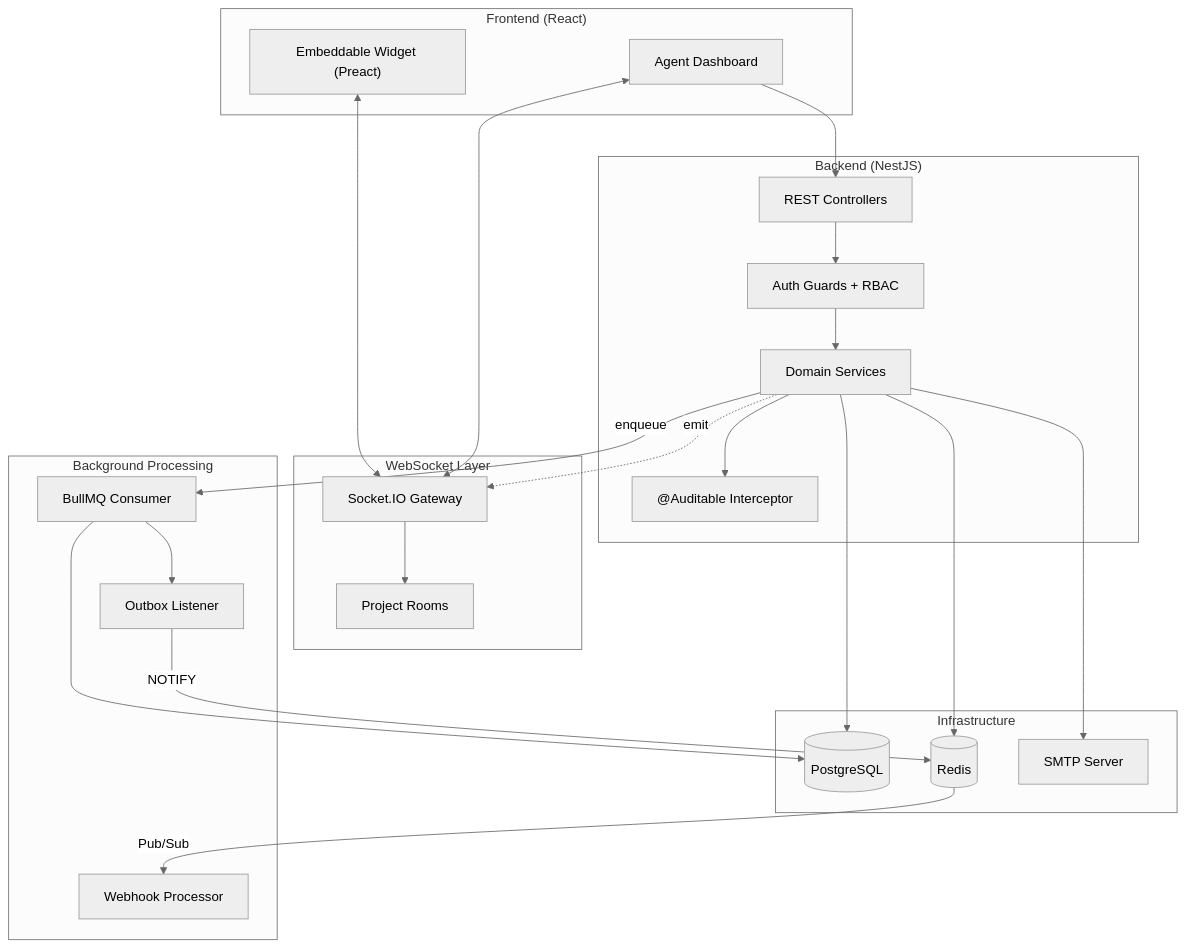
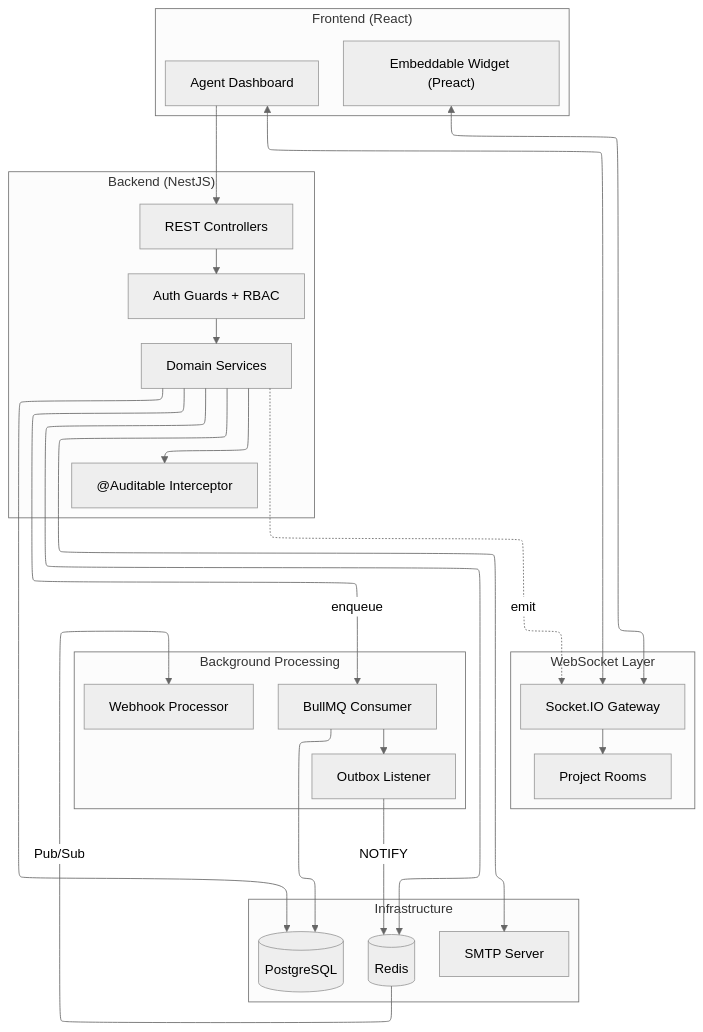
The diagram in docs/architecture.md (doananhhung/livechat), drawn with Mermaid (neutral theme) before and after one commit. The commit also changed 57 other files, not shown here.

Commit message:
update mermaid subgraph to align with the theme color

````diff
--- a/docs/architecture.md
+++ b/docs/architecture.md
@@ -7,51 +7,43 @@
 ```mermaid
+---
+config:
+  layout: elk
+---
 flowchart TB
-    subgraph Frontend["Frontend (React)"]
+ subgraph Frontend["Frontend (React)"]
         Dashboard["Agent Dashboard"]
         Widget["Embeddable Widget (Preact)"]
-    end
-
-    subgraph Gateway["WebSocket Layer"]
+  end
+ subgraph Gateway["WebSocket Layer"]
         SIO["Socket.IO Gateway"]
         Rooms["Project Rooms"]
-    end
-
-    subgraph Backend["Backend (NestJS)"]
+  end
+ subgraph Backend["Backend (NestJS)"]
         API["REST Controllers"]
         Services["Domain Services"]
         Guards["Auth Guards + RBAC"]
         Decorators["@Auditable Interceptor"]
-    end
-
-    subgraph Workers["Background Processing"]
+  end
+ subgraph Workers["Background Processing"]
         BullMQ["BullMQ Consumer"]
         Outbox["Outbox Listener"]
         Webhooks["Webhook Processor"]
-    end
-
-    subgraph Infrastructure
-        PG[(PostgreSQL)]
-        Redis[(Redis)]
+  end
+ subgraph Infrastructure["Infrastructure"]
+        PG[("PostgreSQL")]
+        Redis[("Redis")]
         SMTP["SMTP Server"]
-    end
-
+  end
     Dashboard --> API
     Dashboard <--> SIO
     Widget <--> SIO
-
-    API --> Guards --> Services
-    Services --> Decorators
-    Services --> PG
-    Services --> Redis
-
+    API --> Guards
+    Guards --> Services
+    Services --> Decorators & PG & Redis & SMTP
     SIO --> Rooms
-    Services -.->|emit| SIO
-
-    Services -->|enqueue| BullMQ
-    BullMQ --> PG
-    BullMQ --> Outbox
-    Outbox -->|NOTIFY| Redis
-    Redis -->|Pub/Sub| Webhooks
-
-    Services --> SMTP
+    Services -. emit .-> SIO
+    Services -- enqueue --> BullMQ
+    BullMQ --> PG & Outbox
+    Outbox -- NOTIFY --> Redis
+    Redis -- Pub/Sub --> Webhooks
 ```
````
